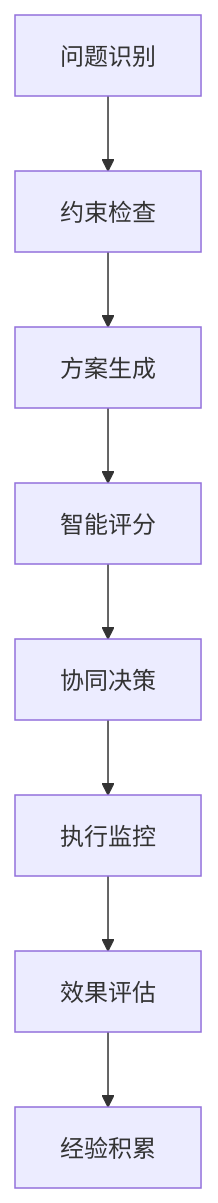
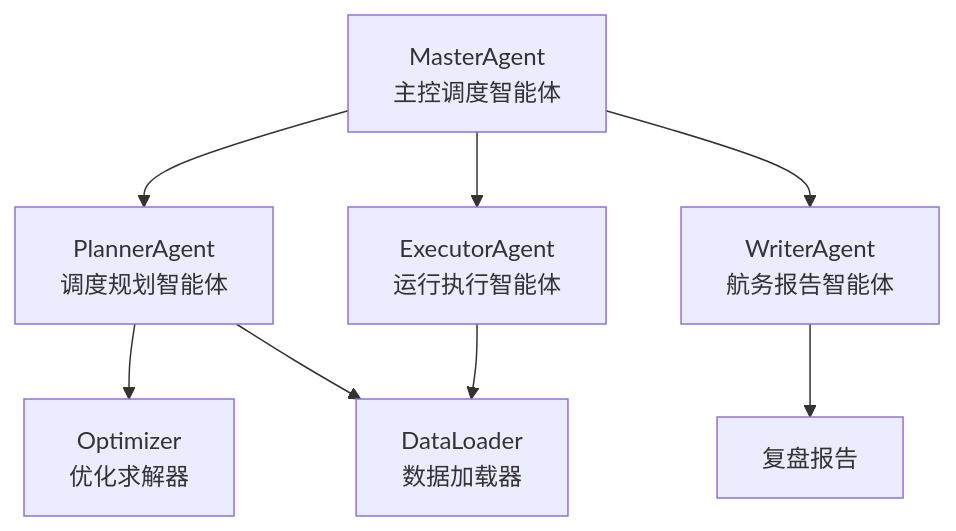
The first of 2 diagrams in README.md (Hehua-Fan/flight-adjustment-system), drawn with Mermaid before and after one commit. The commit also changed other lines of this file and 74 other files, not shown here.

````diff
--- a/README.md
+++ b/README.md
@@ -72,10 +86,10 @@
 ```mermaid
 graph TD
-    A[问题识别] --> B[约束检查]
-    B --> C[方案生成]
-    C --> D[智能评分]
-    D --> E[协同决策]
-    E --> F[执行监控]
-    F --> G[效果评估]
-    G --> H[经验积累]
+    A[MasterAgent<br/>主控调度智能体] --> B[PlannerAgent<br/>调度规划智能体]
+    A --> C[ExecutorAgent<br/>运行执行智能体]
+    A --> D[WriterAgent<br/>航务报告智能体]
+    B --> E[Optimizer<br/>优化求解器]
+    B --> F[DataLoader<br/>数据加载器]
+    C --> F
+    D --> G[复盘报告]
 ```
````
